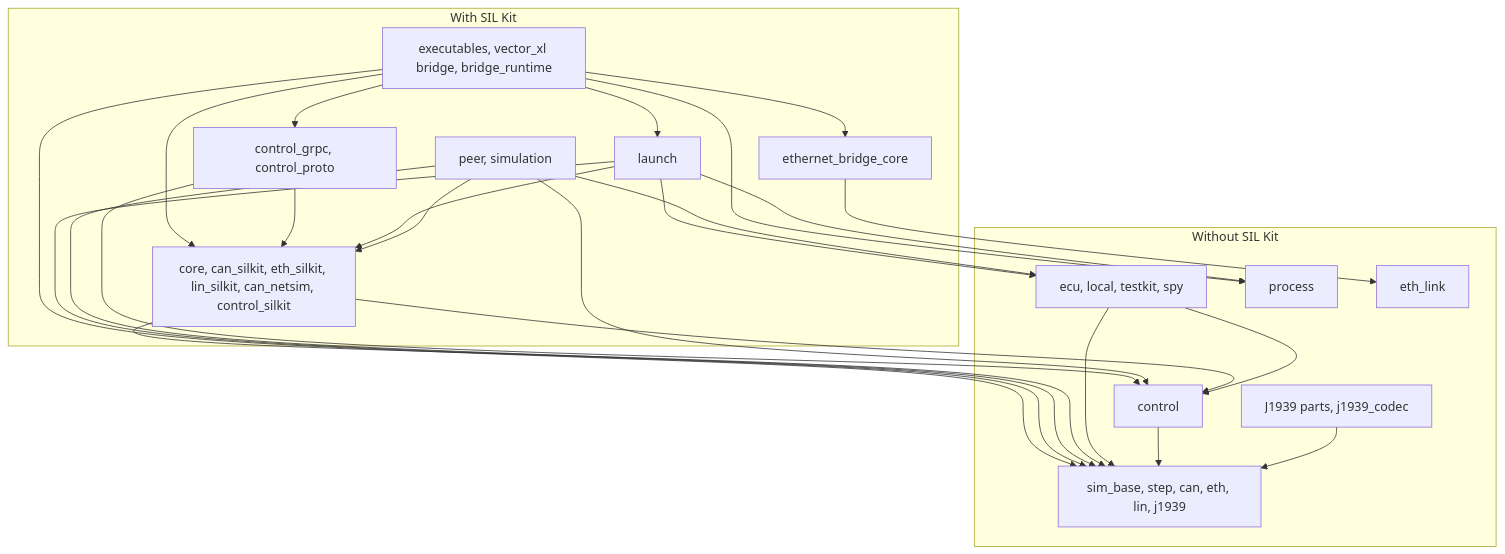
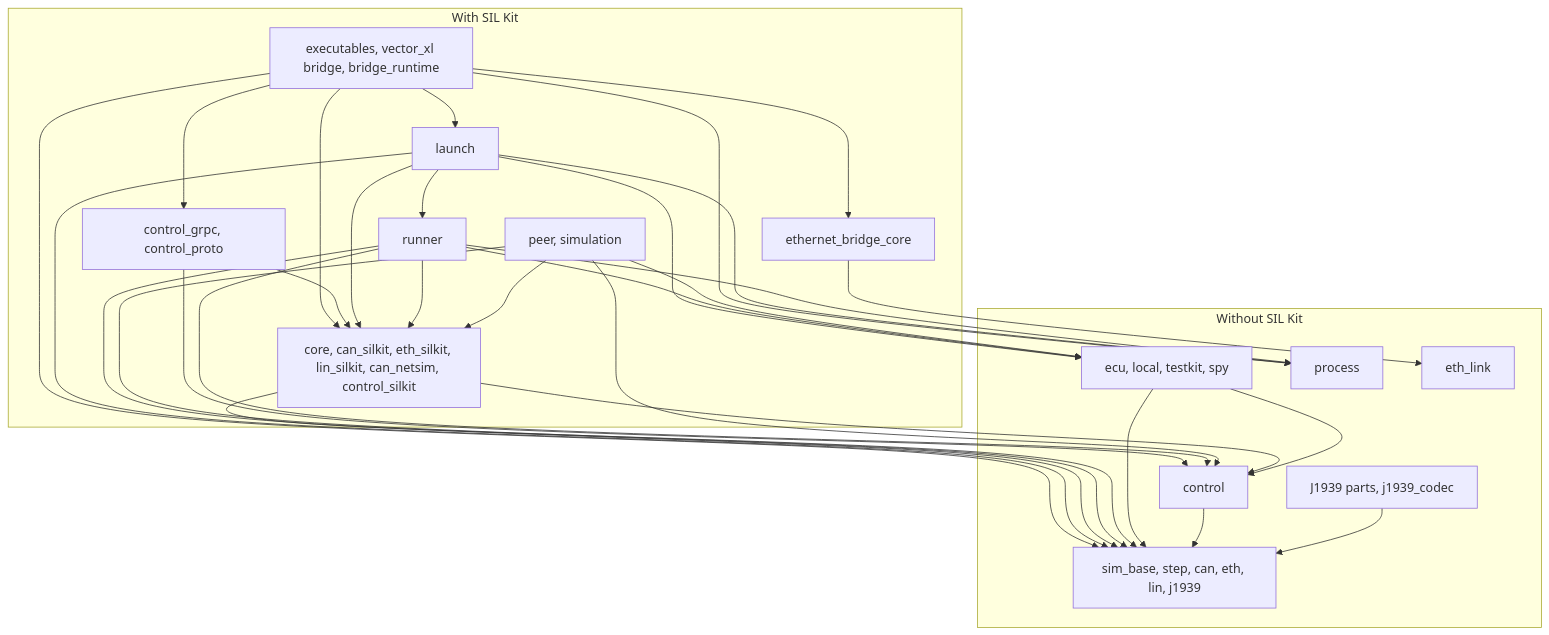
The first of 2 diagrams in docs/code-map-core.md (rahanahu/vehicle-sil), drawn with Mermaid before and after one commit. The commit also changed other lines of this file and 127 other files, not shown here.

````diff
--- a/docs/code-map-core.md
+++ b/docs/code-map-core.md
@@ -123,42 +123,49 @@
 ```mermaid
 flowchart TD
     subgraph no_silkit["Without SIL Kit"]
         protocols["sim_base, step, can, eth, lin, j1939"]
         control["control"]
         j1939_parts["J1939 parts, j1939_codec"]
         app["ecu, local, testkit, spy"]
         process["process"]
         eth_link_box["eth_link"]
     end
     subgraph with_silkit["With SIL Kit"]
         bindings["core, can_silkit, eth_silkit, lin_silkit, can_netsim, control_silkit"]
         run["peer, simulation"]
+        runner["runner"]
         launch["launch"]
         grpc["control_grpc, control_proto"]
         tools["executables, vector_xl bridge, bridge_runtime"]
         ethernet_bridge["ethernet_bridge_core"]
     end
     j1939_parts --> protocols
     control --> protocols
     app --> protocols
     app --> control
     bindings --> protocols
     bindings --> control
     run --> app
     run --> bindings
     run --> protocols
     run --> control
+    runner --> app
+    runner --> process
+    runner --> protocols
+    runner --> bindings
+    runner --> control
+    launch --> runner
     launch --> app
     launch --> process
     launch --> protocols
     launch --> bindings
     grpc --> control
     grpc --> bindings
     tools --> protocols
     tools --> bindings
     tools --> launch
     tools --> process
     tools --> grpc
     tools --> ethernet_bridge
     ethernet_bridge --> eth_link_box
 ```
````
